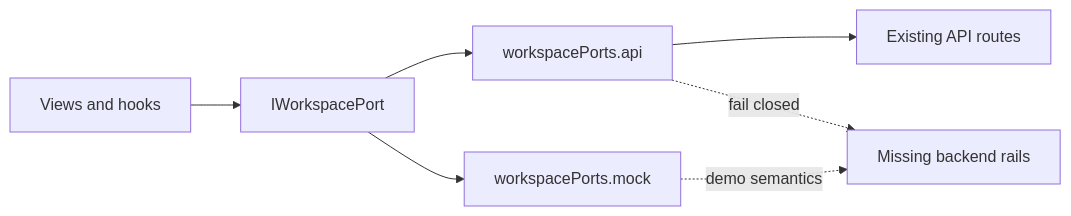
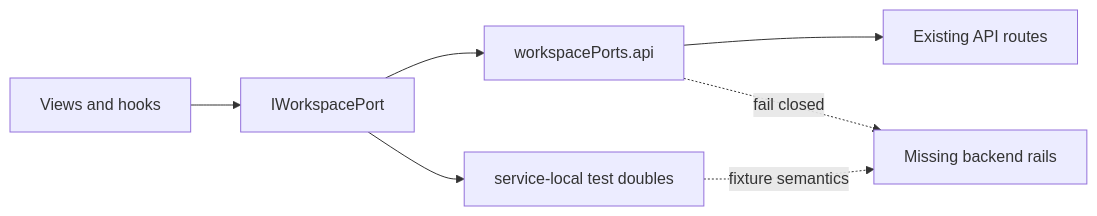
The first of 3 diagrams in docs/architecture/components/web/workspace/workspace-port-decomposition-component.md (dunay2/dvt), drawn with Mermaid before and after one commit. The commit also changed other lines of this file and 79 other files, not shown here.

````diff
--- a/docs/architecture/components/web/workspace/workspace-port-decomposition-component.md
+++ b/docs/architecture/components/web/workspace/workspace-port-decomposition-component.md
@@ -58,16 +58,16 @@
 ```mermaid
 flowchart LR
   View["Views and hooks"]
   Broad["IWorkspacePort"]
   Api["workspacePorts.api"]
-  Mock["workspacePorts.mock"]
+  TestDoubles["service-local test doubles"]
   Real["Existing API routes"]
   Missing["Missing backend rails"]
 
   View --> Broad
   Broad --> Api
-  Broad --> Mock
+  Broad --> TestDoubles
   Api --> Real
   Api -. fail closed .-> Missing
-  Mock -. demo semantics .-> Missing
+  TestDoubles -. fixture semantics .-> Missing
 ```
````
